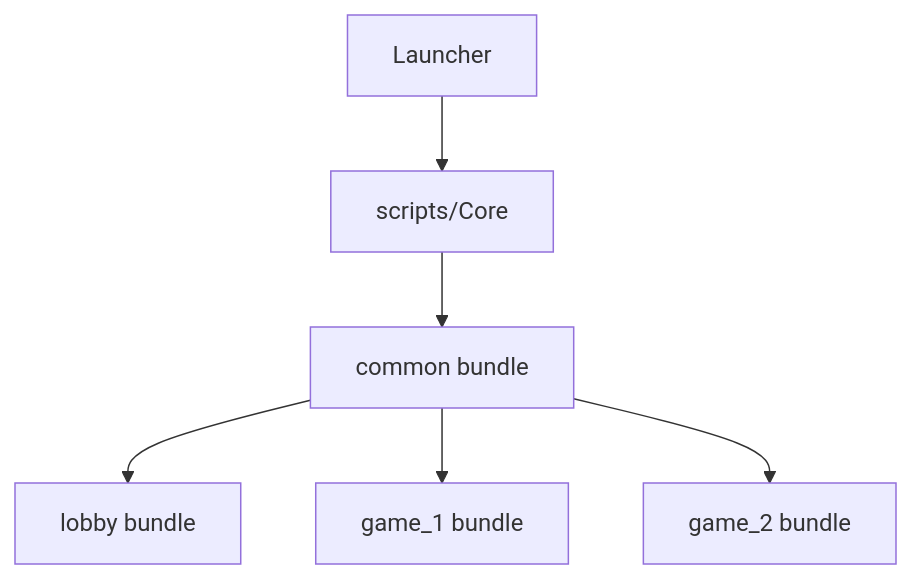
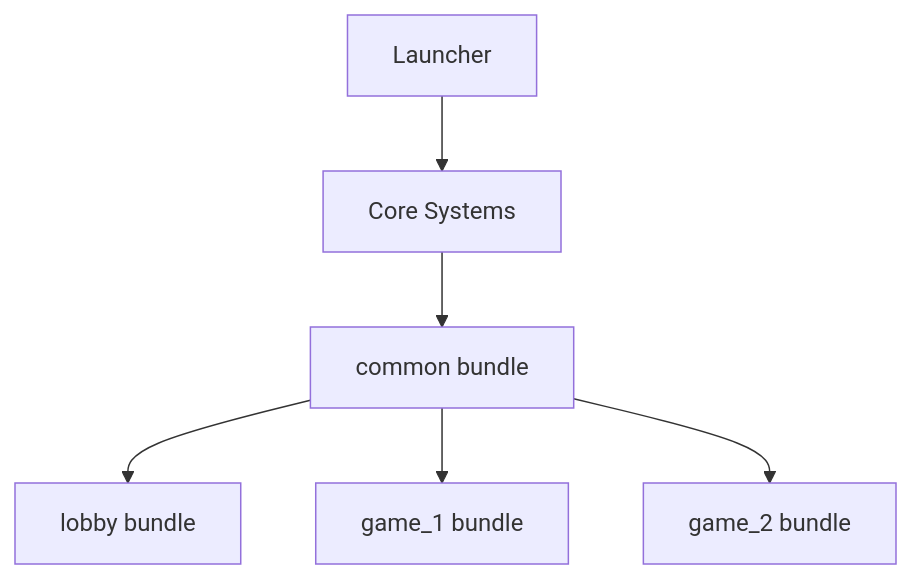
The diagram in docs/bundle_strategy.md (JRlearn/h5-game-launcher), drawn with Mermaid before and after one commit. The commit also changed other lines of this file and 302 other files, not shown here.

````diff
--- a/docs/bundle_strategy.md
+++ b/docs/bundle_strategy.md
@@ -58,8 +58,8 @@
 ```mermaid
 graph TD
-    A[Launcher] --> B[scripts/Core]
+    A[Launcher] --> B[Core Systems]
     B --> C[common bundle]
     C --> D[lobby bundle]
     C --> E[game_1 bundle]
     C --> F[game_2 bundle]
 ```
````
